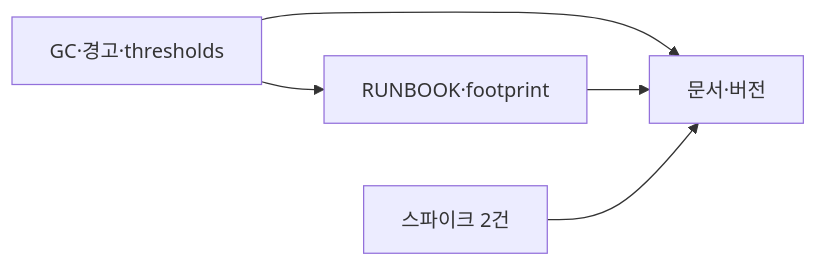
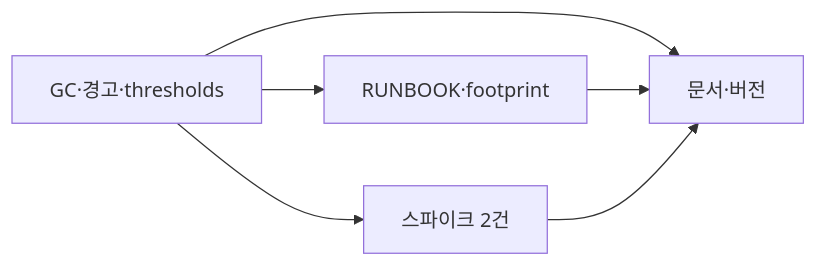
Before and after one commit to synuns/flint: the first of 2 diagrams in docs/plans/2026-11-23-flint-v1250.md, drawn with Mermaid. The commit also changed other lines of this file and 33 other files, not shown here.

````diff
--- a/docs/plans/2026-11-23-flint-v1250.md
+++ b/docs/plans/2026-11-23-flint-v1250.md
@@ -8,12 +8,13 @@
 ```mermaid
 flowchart LR
   T1[GC·경고·thresholds]
   T2[RUNBOOK·footprint]
   T3[스파이크 2건]
   T4[문서·버전]
+  %% taskgraph
   T1 --> T2
+  T1 --> T3
   T1 --> T4
   T2 --> T4
   T3 --> T4
-  %% taskgraph
 ```
````
